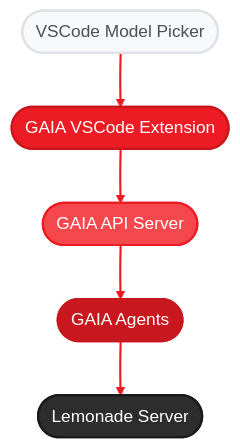
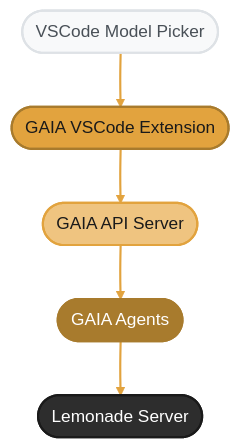
Before and after one commit to amd/gaia: the first of 4 diagrams in docs/integrations/vscode.mdx, drawn with Mermaid. The commit also changed other lines of this file and 37 other files, not shown here.

````diff
--- a/docs/integrations/vscode.mdx
+++ b/docs/integrations/vscode.mdx
@@ -196,16 +196,16 @@
 ```mermaid
-%%{init: {'theme':'base', 'themeVariables': { 'primaryColor':'#ED1C24', 'primaryTextColor':'#fff', 'primaryBorderColor':'#C8171E', 'lineColor':'#F4484D', 'fontFamily': 'system-ui, -apple-system, sans-serif'}}}%%
+%%{init: {'theme':'base', 'themeVariables': { 'primaryColor':'#E2A33E', 'primaryTextColor':'#1a1a1a', 'primaryBorderColor':'#A87B2D', 'lineColor':'#EFC480', 'fontFamily': 'system-ui, -apple-system, sans-serif'}}}%%
 graph TB
     A(["VSCode Model Picker"]) --> B(["GAIA VSCode Extension"])
     B --> C(["GAIA API Server"])
     C --> D(["GAIA Agents"])
     D --> E(["Lemonade Server"])
 
     style A fill:#f8f9fa,stroke:#dee2e6,stroke-width:2px,color:#495057
-    style B fill:#ED1C24,stroke:#C8171E,stroke-width:2px,color:#fff
-    style C fill:#F4484D,stroke:#ED1C24,stroke-width:2px,color:#fff
-    style D fill:#C8171E,stroke:#C8171E,stroke-width:2px,color:#fff
+    style B fill:#E2A33E,stroke:#A87B2D,stroke-width:2px,color:#1a1a1a
+    style C fill:#EFC480,stroke:#E2A33E,stroke-width:2px,color:#1a1a1a
+    style D fill:#A87B2D,stroke:#A87B2D,stroke-width:2px,color:#fff
     style E fill:#2d2d2d,stroke:#1a1a1a,stroke-width:2px,color:#fff
 
-    linkStyle 0,1,2,3 stroke:#ED1C24,stroke-width:2px
+    linkStyle 0,1,2,3 stroke:#E2A33E,stroke-width:2px
 ```
````
